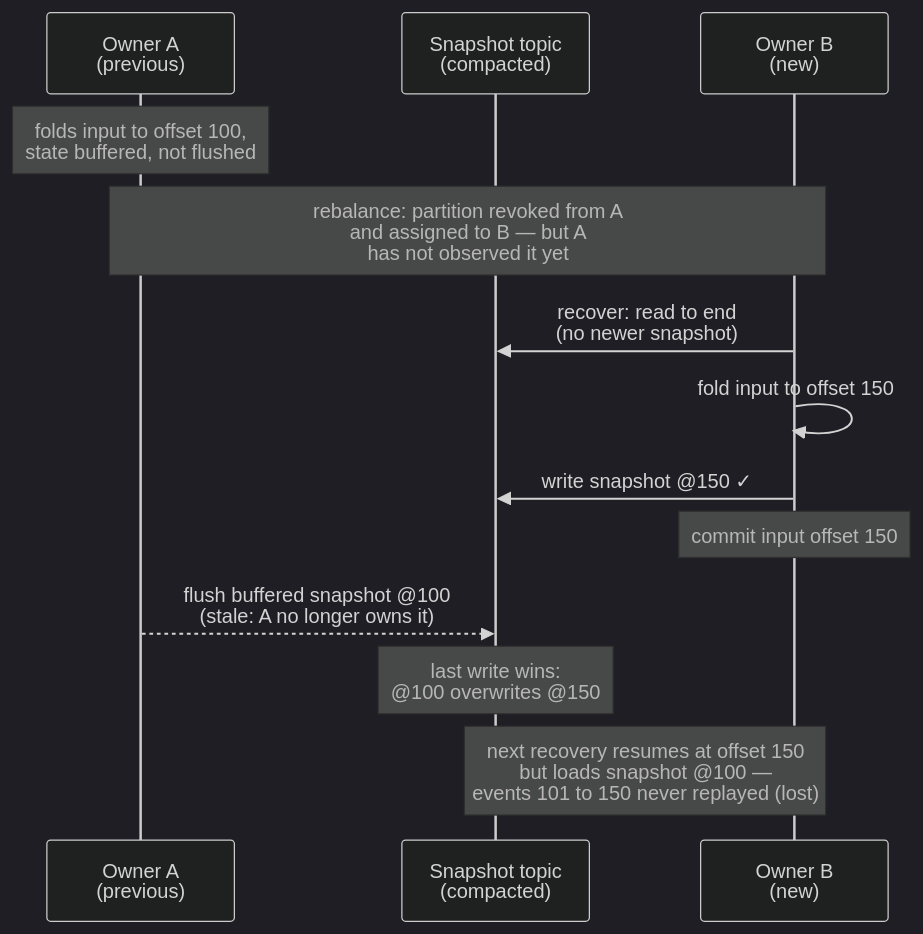
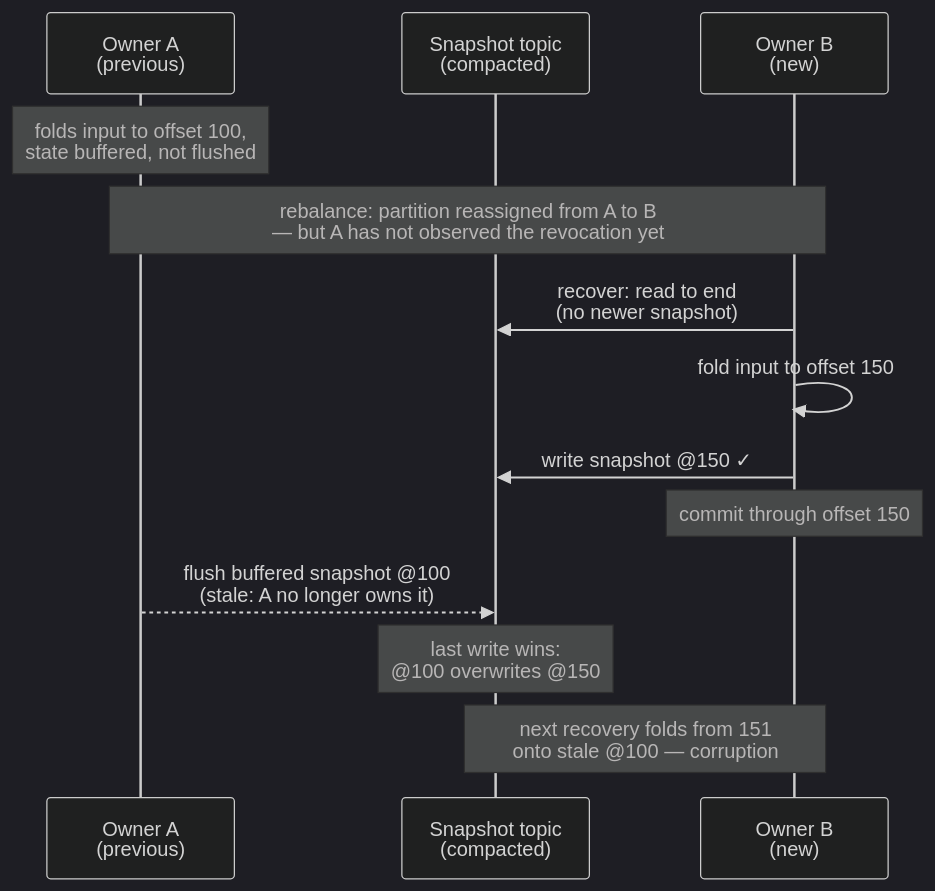
One commit to evolution-gaming/kafka-flow changed the first of 2 diagrams in docs/kafka-single-writer-design.md. Above: the diagram before and after it, drawn with Mermaid (dark theme). The commit also changed other lines of this file and 1 other file, not shown here.

````diff
--- a/docs/kafka-single-writer-design.md
+++ b/docs/kafka-single-writer-design.md
@@ -20,16 +20,16 @@
 ```mermaid
 sequenceDiagram
     participant A as Owner A<br/>(previous)
     participant ST as Snapshot topic<br/>(compacted)
     participant B as Owner B<br/>(new)
 
     Note over A: folds input to offset 100,<br/>state buffered, not flushed
-    Note over A,B: rebalance: partition revoked from A<br/>and assigned to B — but A<br/>has not observed it yet
+    Note over A,B: rebalance: partition reassigned from A to B<br/>— but A has not observed the revocation yet
     B->>ST: recover: read to end<br/>(no newer snapshot)
     B->>B: fold input to offset 150
     B->>ST: write snapshot @150 ✓
-    Note over B: commit input offset 150
+    Note over B: commit through offset 150
     A-->>ST: flush buffered snapshot @100<br/>(stale: A no longer owns it)
     Note over ST: last write wins:<br/>@100 overwrites @150
-    Note over ST,B: next recovery resumes at offset 150<br/>but loads snapshot @100 —<br/>events 101 to 150 never replayed (lost)
+    Note over ST,B: next recovery folds from 151<br/>onto stale @100 — corruption
 ```
````
